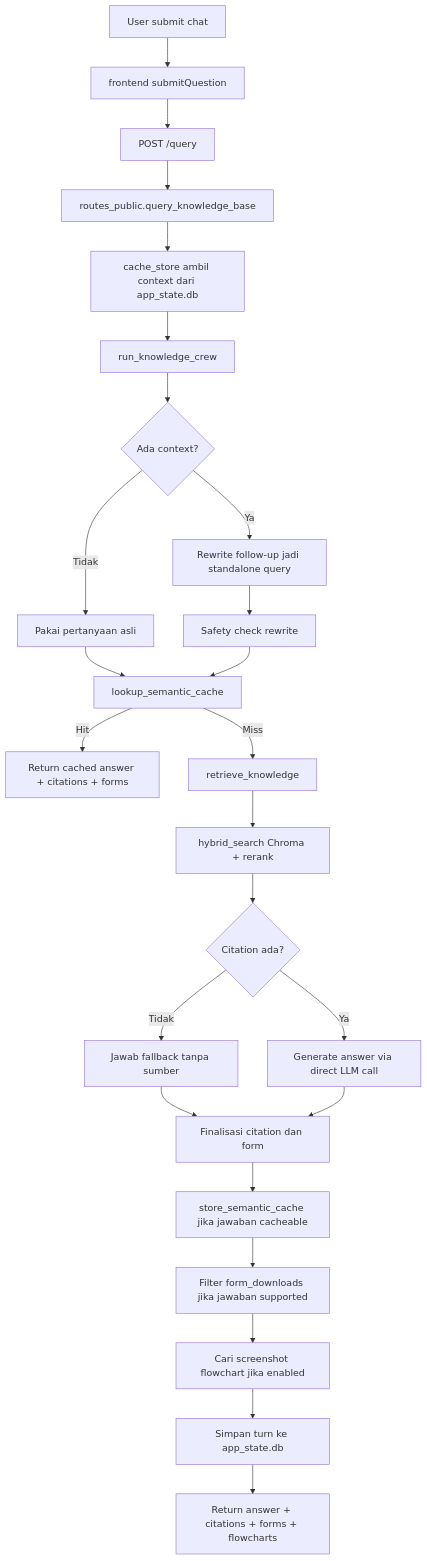
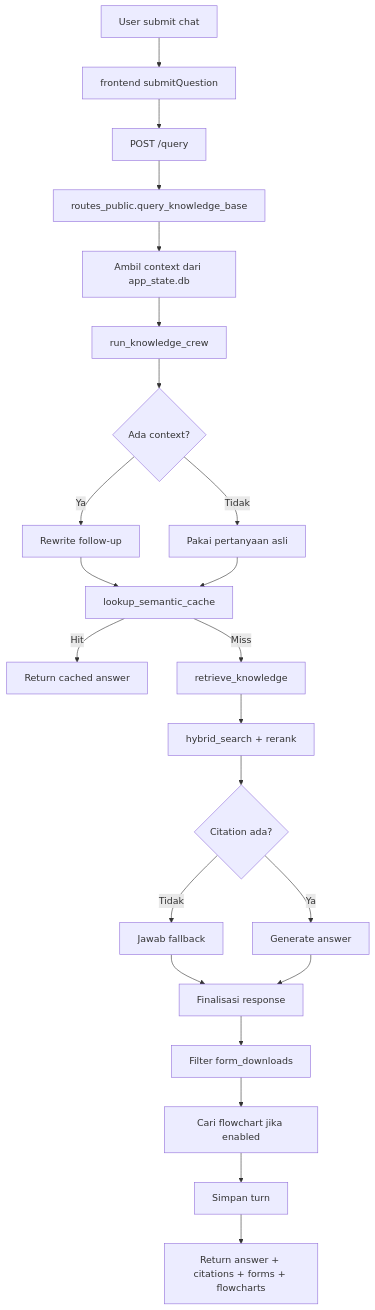
Before and after one commit to Akram17t/Internship: the first of 5 diagrams in Capstone/docs/SYSTEM_FLOWS.md, drawn with Mermaid. The commit also changed other lines of this file and 43 other files, not shown here.

````diff
--- a/Capstone/docs/SYSTEM_FLOWS.md
+++ b/Capstone/docs/SYSTEM_FLOWS.md
@@ -11,27 +8,25 @@
 ```mermaid
 flowchart TD
   A[User submit chat] --> B[frontend submitQuestion]
   B --> C[POST /query]
   C --> D[routes_public.query_knowledge_base]
-  D --> E[cache_store ambil context dari app_state.db]
+  D --> E[Ambil context dari app_state.db]
   E --> F[run_knowledge_crew]
   F --> G{Ada context?}
-  G -->|Ya| H[Rewrite follow-up jadi standalone query]
+  G -->|Ya| H[Rewrite follow-up]
   G -->|Tidak| I[Pakai pertanyaan asli]
-  H --> J[Safety check rewrite]
-  I --> K[lookup_semantic_cache]
-  J --> K
-  K -->|Hit| L[Return cached answer + citations + forms]
-  K -->|Miss| M[retrieve_knowledge]
-  M --> N[hybrid_search Chroma + rerank]
-  N --> O{Citation ada?}
-  O -->|Tidak| P[Jawab fallback tanpa sumber]
-  O -->|Ya| Q[Generate answer via direct LLM call]
-  P --> R[Finalisasi citation dan form]
-  Q --> R
-  R --> S[store_semantic_cache jika jawaban cacheable]
-  S --> T[Filter form_downloads jika jawaban supported]
-  T --> U[Cari screenshot flowchart jika enabled]
-  U --> V[Simpan turn ke app_state.db]
-  V --> W[Return answer + citations + forms + flowcharts]
+  H --> J[lookup_semantic_cache]
+  I --> J
+  J -->|Hit| K[Return cached answer]
+  J -->|Miss| L[retrieve_knowledge]
+  L --> M[hybrid_search + rerank]
+  M --> N{Citation ada?}
+  N -->|Tidak| O[Jawab fallback]
+  N -->|Ya| P[Generate answer]
+  O --> Q[Finalisasi response]
+  P --> Q
+  Q --> R[Filter form_downloads]
+  R --> S[Cari flowchart jika enabled]
+  S --> T[Simpan turn]
+  T --> U[Return answer + citations + forms + flowcharts]
 ```
````
